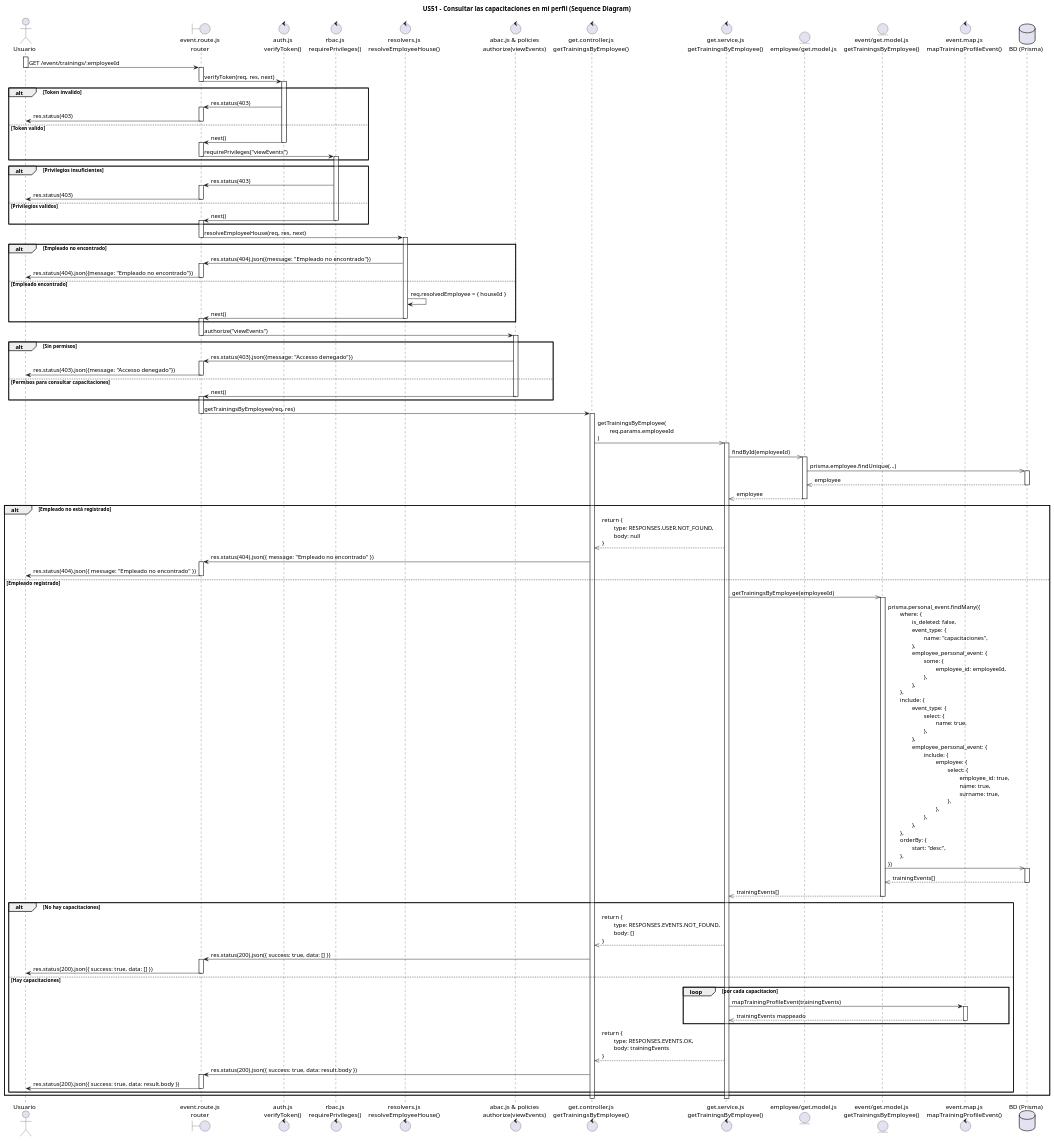
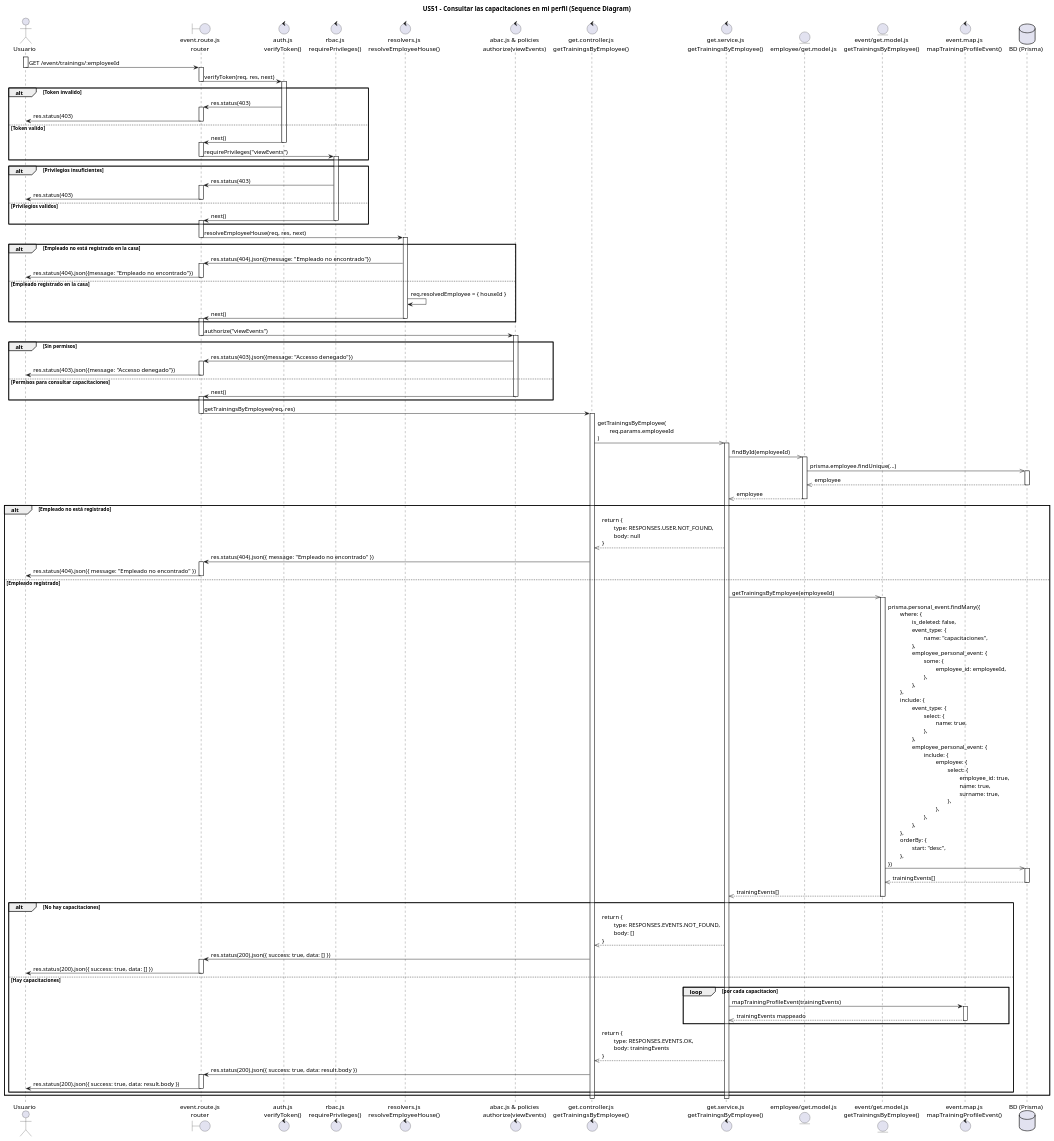
The diagram in diagrams/Sequence diagram/US51.puml (AztlanConsulting/RCHQ-Back), drawn with PlantUML before and after one commit.

Commit message:
fix: cambia mensaje por uno mas descriptivo en el resolveEmployeeHouse

```diff
--- a/diagrams/Sequence diagram/US51.puml
+++ b/diagrams/Sequence diagram/US51.puml
@@ -1,139 +1,139 @@
 @startuml
 title US51 - Consultar las capacitaciones en mi perfil (Sequence Diagram)
 
 actor Usuario
 boundary "event.route.js\nrouter" as Router
 control "auth.js\nverifyToken()" as Auth
 control "rbac.js\nrequirePrivileges()" as RBAC
 control "resolvers.js\nresolveEmployeeHouse()" as Resolver
 control "abac.js & policies\nauthorize(viewEvents)" as ABAC
 control "get.controller.js\ngetTrainingsByEmployee()" as Controller
 control "get.service.js\ngetTrainingsByEmployee()" as Service
 entity "employee/get.model.js" as EmployeeModel
 entity "event/get.model.js\ngetTrainingsByEmployee()" as EventModel
 control "event.map.js\nmapTrainingProfileEvent()" as Mapper
 database "BD (Prisma)" as BD
 
 activate Usuario
 Usuario -> Router : GET /event/trainings/:employeeId
 deactivate Usuario
 
 activate Router
 Router -> Auth : verifyToken(req, res, next)
 deactivate Router
 
 activate Auth
 alt Token invalido
     Auth -> Router : res.status(403)
     activate Router
     Router -> Usuario : res.status(403)
     deactivate Router
 else Token valido
     Auth -> Router : next()
     deactivate Auth
     activate Router
     Router -> RBAC : requirePrivileges("viewEvents")
     deactivate Router
     activate RBAC
 end
 alt Privilegios insuficientes
     RBAC -> Router : res.status(403)
     activate Router
     Router -> Usuario : res.status(403)
     deactivate Router
 else Privilegios validos
     RBAC -> Router : next()
     deactivate RBAC
     activate Router
 end
 
 Router -> Resolver : resolveEmployeeHouse(req, res, next)
 deactivate Router
 activate Resolver
 
-alt Empleado no encontrado
+alt Empleado no está registrado en la casa
     Resolver -> Router : res.status(404).json({message: "Empleado no encontrado"})
     activate Router
     Router -> Usuario : res.status(404).json({message: "Empleado no encontrado"})
     deactivate Router
-else Empleado encontrado
+else Empleado registrado en la casa
     Resolver -> Resolver : req.resolvedEmployee = { houseId }
     Resolver -> Router : next()
     deactivate Resolver
     activate Router
 end
 
 Router -> ABAC : authorize("viewEvents")
 deactivate Router
 activate ABAC
 
 alt Sin permisos
     ABAC -> Router : res.status(403).json({message: "Accesso denegado"})
     activate Router
     Router -> Usuario : res.status(403).json({message: "Accesso denegado"})
     deactivate Router
 else Permisos para consultar capacitaciones
     ABAC -> Router : next()
     deactivate ABAC
     activate Router
 end
 
 Router -> Controller : getTrainingsByEmployee(req, res)
 deactivate Router
 activate Controller
 
 Controller ->> Service : getTrainingsByEmployee(\n\treq.params.employeeId\n)
 activate Service
 
 Service ->> EmployeeModel : findById(employeeId)
 activate EmployeeModel
 EmployeeModel ->> BD : prisma.employee.findUnique(...)
 activate BD
 BD -->> EmployeeModel : employee
 deactivate BD
 EmployeeModel -->> Service : employee
 deactivate EmployeeModel
 
 alt Empleado no está registrado
     Service -->> Controller : return { \n\ttype: RESPONSES.USER.NOT_FOUND, \n\tbody: null \n}
     Controller -> Router : res.status(404).json({ message: "Empleado no encontrado" })
     activate Router
     Router -> Usuario : res.status(404).json({ message: "Empleado no encontrado" })
     deactivate Router
 else Empleado registrado
     Service ->> EventModel :getTrainingsByEmployee(employeeId)
     activate EventModel
     EventModel ->> BD : prisma.personal_event.findMany({\n\twhere: {\n\t\tis_deleted: false,\n\t\tevent_type: {\n\t\t\tname: "capacitaciones",\n\t\t},\n\t\temployee_personal_event: {\n\t\t\tsome: {\n\t\t\t\temployee_id: employeeId,\n\t\t\t},\n\t\t},\n\t},\n\tinclude: {\n\t\tevent_type: {\n\t\t\tselect: {\n\t\t\t\tname: true,\n\t\t\t},\n\t\t},\n\t\temployee_personal_event: {\n\t\t\tinclude: {\n\t\t\t\temployee: {\n\t\t\t\t\tselect: {\n\t\t\t\t\t\temployee_id: true,\n\t\t\t\t\t\tname: true,\n\t\t\t\t\t\tsurname: true,\n\t\t\t\t\t},\n\t\t\t\t},\n\t\t\t},\n\t\t},\n\t},\n\torderBy: {\n\t\tstart: "desc",\n\t},\n})
     activate BD
     BD -->> EventModel : trainingEvents[]
     deactivate BD
     EventModel -->> Service : trainingEvents[]
     deactivate EventModel
 
     alt No hay capacitaciones
         Service -->> Controller : return { \n\ttype: RESPONSES.EVENTS.NOT_FOUND, \n\tbody: [] \n}
         Controller -> Router : res.status(200).json({ success: true, data: [] })
         activate Router
         Router -> Usuario : res.status(200).json({ success: true, data: [] })
         deactivate Router
     else Hay capacitaciones
         loop por cada capacitacion
             Service -> Mapper : mapTrainingProfileEvent(trainingEvents)
             activate Mapper
             Mapper -->> Service : trainingEvents mappeado
             deactivate Mapper
         end
 
         Service -->> Controller : return { \n\ttype: RESPONSES.EVENTS.OK, \n\tbody: trainingEvents \n}
         Controller -> Router : res.status(200).json({ success: true, data: result.body })
         activate Router
         Router -> Usuario : res.status(200).json({ success: true, data: result.body })
         deactivate Router
     end
 end
 
 deactivate Service
 
 deactivate Controller
 
 @enduml
```
